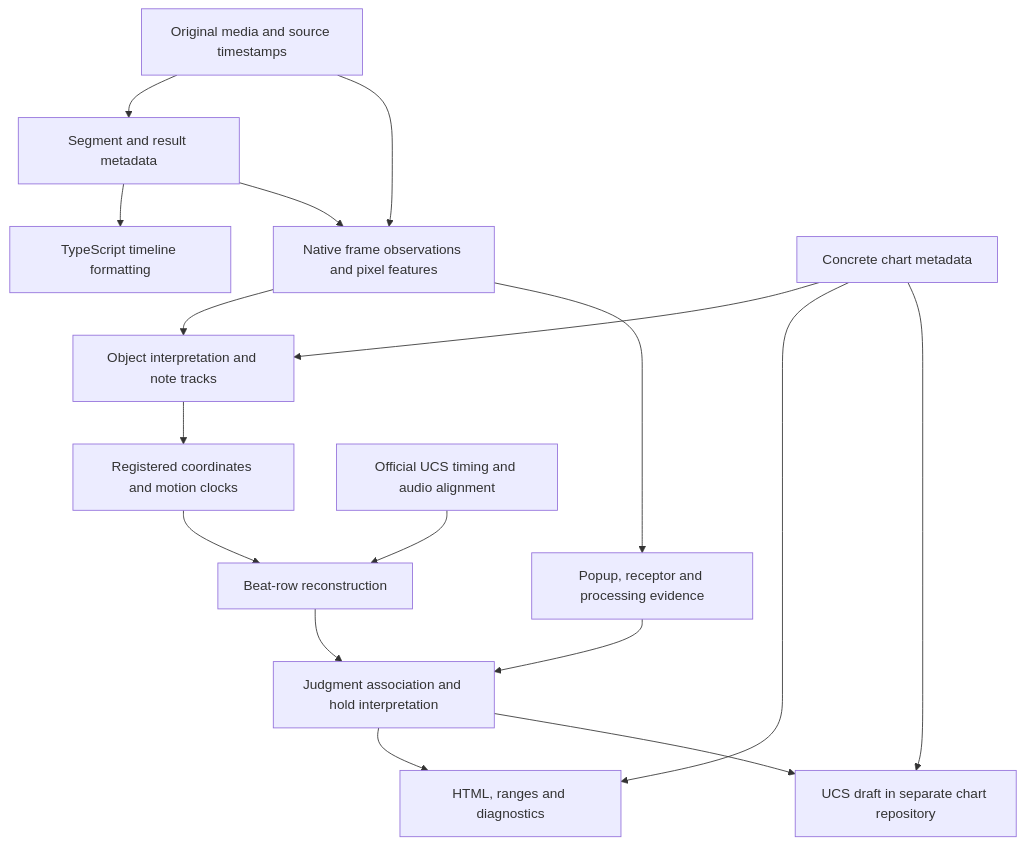
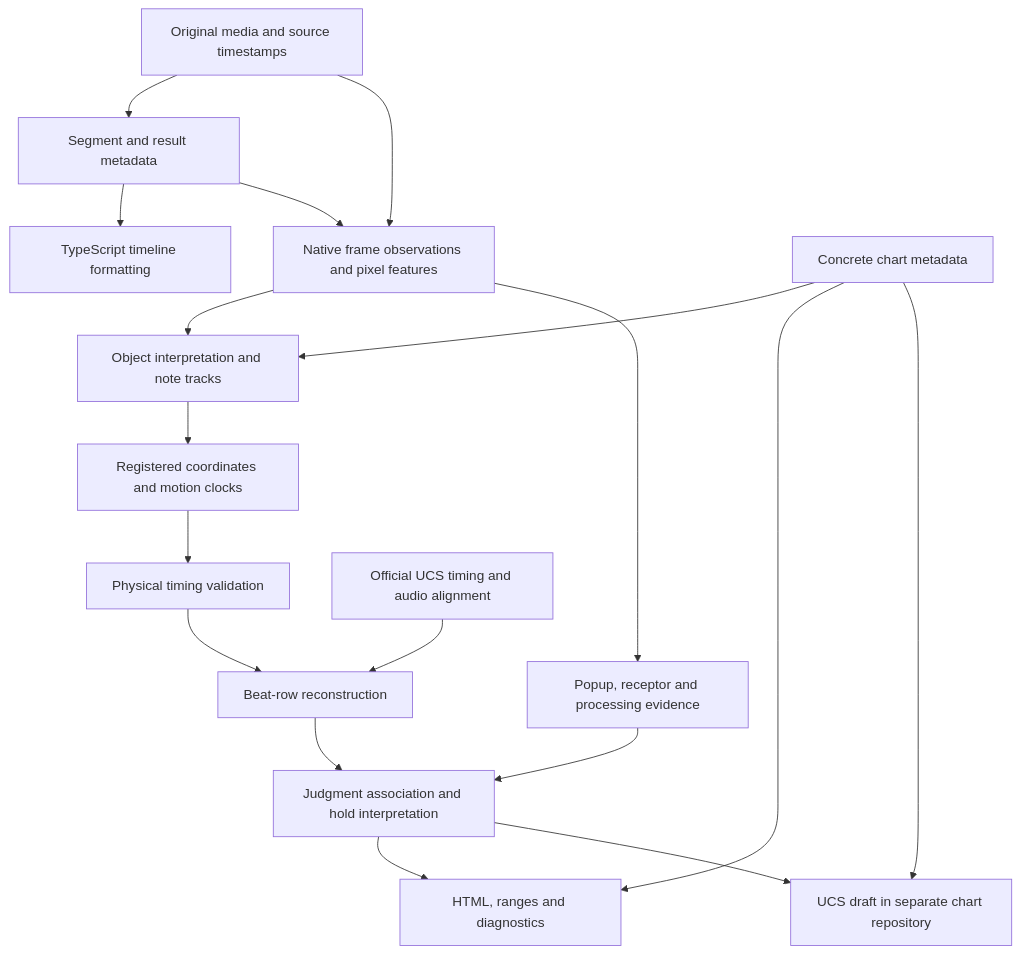
The diagram in docs/play-data-flow.md (lllllrad/piu-video-timeline-generator), drawn with Mermaid before and after one commit. The commit also changed other lines of this file and 44 other files, not shown here.

````diff
--- a/docs/play-data-flow.md
+++ b/docs/play-data-flow.md
@@ -17,19 +17,20 @@
 ```mermaid
 flowchart TD
     media[Original media and source timestamps] --> metadata[Segment and result metadata]
     metadata --> timeline[TypeScript timeline formatting]
     media --> observations[Native frame observations and pixel features]
     metadata --> observations
     observations --> objects[Object interpretation and note tracks]
     objects --> coordinates[Registered coordinates and motion clocks]
-    coordinates --> beats[Beat-row reconstruction]
+    coordinates --> native[Physical timing validation]
+    native --> beats[Beat-row reconstruction]
     timing[Official UCS timing and audio alignment] --> beats
     observations --> evidence[Popup, receptor and processing evidence]
     beats --> associations[Judgment association and hold interpretation]
     evidence --> associations
     associations --> report[HTML, ranges and diagnostics]
     associations --> chart[UCS draft in separate chart repository]
     policy[Concrete chart metadata] --> objects
     policy --> report
     policy --> chart
 ```
````
